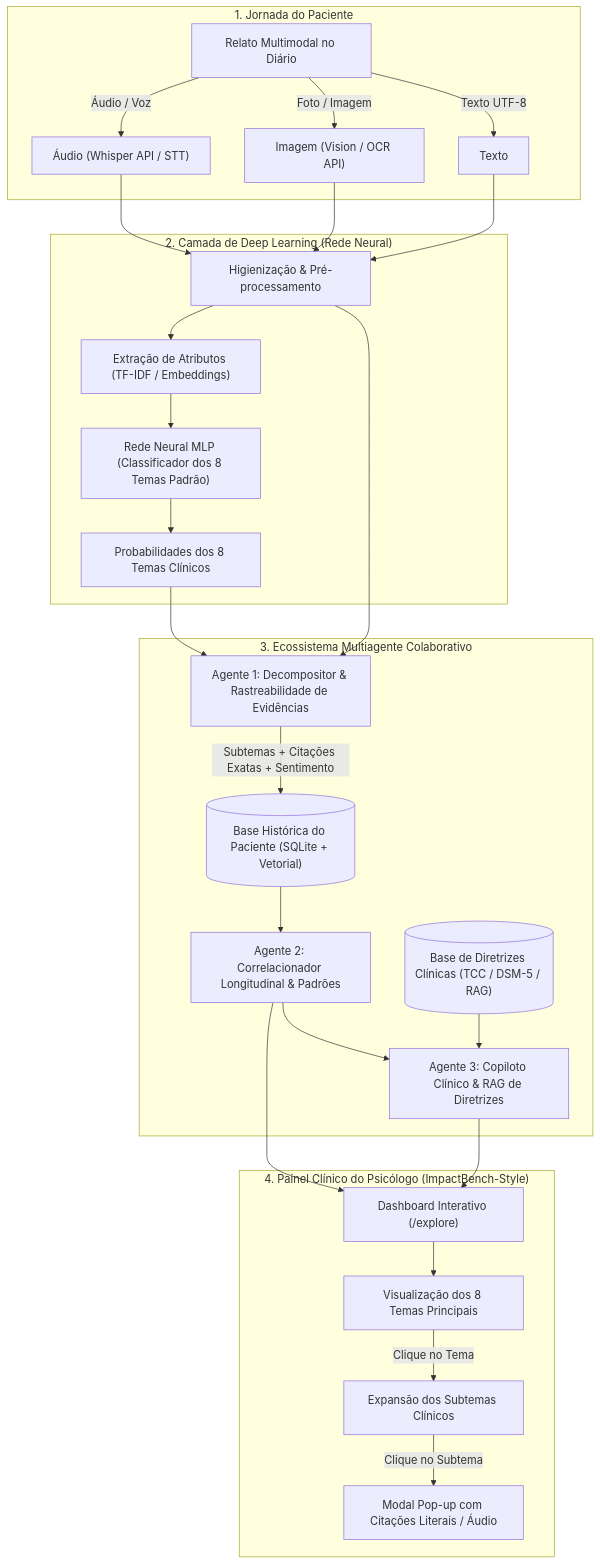
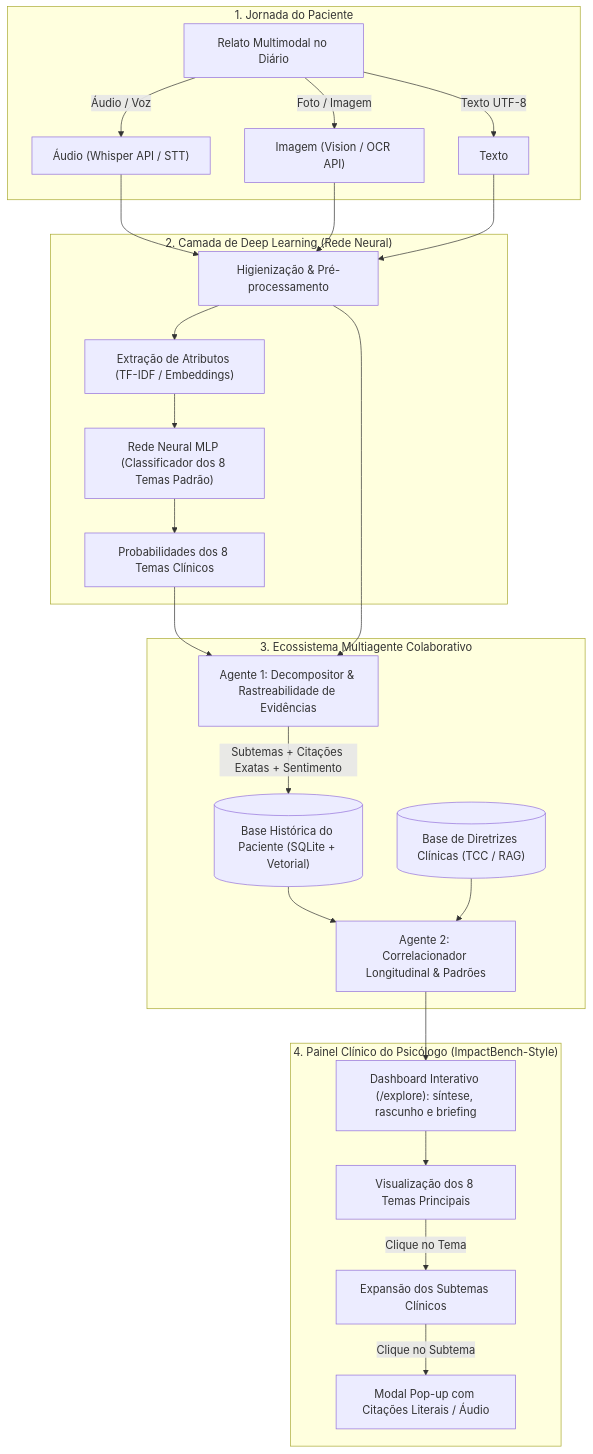
The diagram in docs/project-knowledge.md (007-Licensa-Para-Executar/challenge-2-base), drawn with Mermaid before and after one commit. The commit also changed other lines of this file and 15 other files, not shown here.

````diff
--- a/docs/project-knowledge.md
+++ b/docs/project-knowledge.md
@@ -34,39 +34,37 @@
 ```mermaid
 flowchart TD
     subgraph Paciente ["1. Jornada do Paciente"]
         P1["Relato Multimodal no Diário"]
         P1 -->|Texto UTF-8| IN_TEXT["Texto"]
         P1 -->|Áudio / Voz| IN_AUDIO["Áudio (Whisper API / STT)"]
         P1 -->|Foto / Imagem| IN_IMG["Imagem (Vision / OCR API)"]
     end
 
     IN_AUDIO --> SAN["Higienização & Pré-processamento"]
     IN_IMG --> SAN
     IN_TEXT --> SAN
 
     subgraph DeepLearning ["2. Camada de Deep Learning (Rede Neural)"]
         SAN --> NN_FEAT["Extração de Atributos (TF-IDF / Embeddings)"]
         NN_FEAT --> NN_MODEL["Rede Neural MLP (Classificador dos 8 Temas Padrão)"]
         NN_MODEL --> NN_OUT["Probabilidades dos 8 Temas Clínicos"]
     end
 
     subgraph MultiAgent ["3. Ecossistema Multiagente Colaborativo"]
         NN_OUT --> AG1["Agente 1: Decompositor & Rastreabilidade de Evidências"]
         SAN --> AG1
         
         AG1 -->|Subtemas + Citações Exatas + Sentimento| DB_PACIENTE[("Base Histórica do Paciente (SQLite + Vetorial)")]
         
         DB_PACIENTE --> AG2["Agente 2: Correlacionador Longitudinal & Padrões"]
         
-        AG2 --> AG3["Agente 3: Copiloto Clínico & RAG de Diretrizes"]
-        RAG_KB[("Base de Diretrizes Clínicas (TCC / DSM-5 / RAG)")] --> AG3
+        RAG_KB[("Base de Diretrizes Clínicas (TCC / RAG)")] --> AG2
     end
 
     subgraph Psicologo ["4. Painel Clínico do Psicólogo (ImpactBench-Style)"]
-        AG2 --> DASH["Dashboard Interativo (/explore)"]
-        AG3 --> DASH
+        AG2 --> DASH["Dashboard Interativo (/explore): síntese, rascunho e briefing"]
         DASH --> V1["Visualização dos 8 Temas Principais"]
         V1 -->|Clique no Tema| V2["Expansão dos Subtemas Clínicos"]
         V2 -->|Clique no Subtema| MODAL["Modal Pop-up com Citações Literais / Áudio"]
     end
 ```
````
